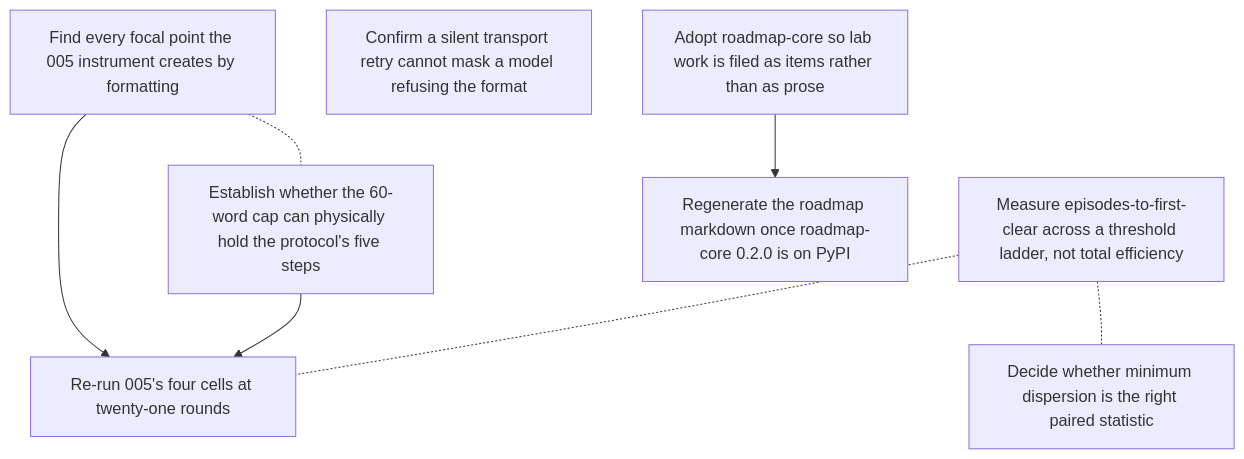
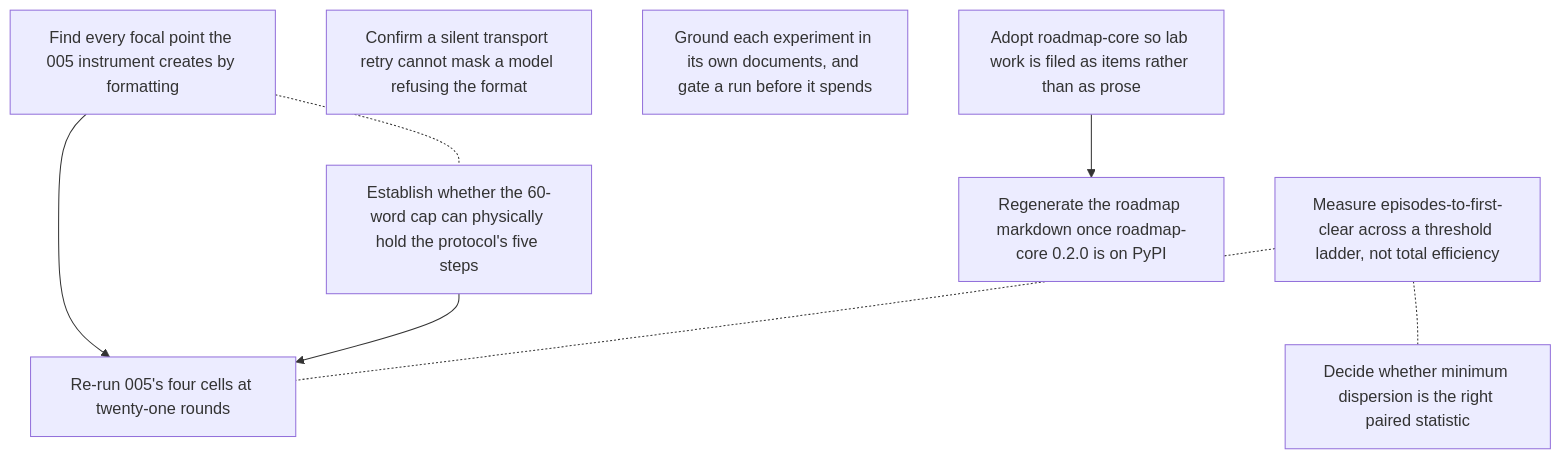
The diagram in roadmap/ROADMAP.md (gald33/ai-lab), drawn with Mermaid before and after one commit. The commit also changed other lines of this file and 2 other files, not shown here.

First line of the commit message:
Roadmap: file the grounding and preflight work as an item

````diff
--- a/roadmap/ROADMAP.md
+++ b/roadmap/ROADMAP.md
@@ -43,17 +44,18 @@
 ```mermaid
 graph TD
   005_display_precision_artifact["Find every focal point the 005 instrument creates by formatting"]
   005_episodes_to_threshold["Measure episodes-to-first-clear across a threshold ladder, not total efficiency"]
   005_paired_statistic_choice["Decide whether minimum dispersion is the right paired statistic"]
   005_rerun_at_twenty_one_rounds["Re-run 005's four cells at twenty-one rounds"]
   005_transport_retry_audit["Confirm a silent transport retry cannot mask a model refusing the format"]
   005_word_cap_fits_the_protocol["Establish whether the 60-word cap can physically hold the protocol's five steps"]
+  lab_grounding_and_preflight["Ground each experiment in its own documents, and gate a run before it spends"]
   lab_roadmap_adoption["Adopt roadmap-core so lab work is filed as items rather than as prose"]
   lab_roadmap_core_0_2_0["Regenerate the roadmap markdown once roadmap-core 0.2.0 is on PyPI"]
   005_display_precision_artifact --> 005_rerun_at_twenty_one_rounds
   005_word_cap_fits_the_protocol --> 005_rerun_at_twenty_one_rounds
   lab_roadmap_adoption --> lab_roadmap_core_0_2_0
   005_display_precision_artifact -.- 005_word_cap_fits_the_protocol
   005_episodes_to_threshold -.- 005_paired_statistic_choice
   005_episodes_to_threshold -.- 005_rerun_at_twenty_one_rounds
 ```
````
